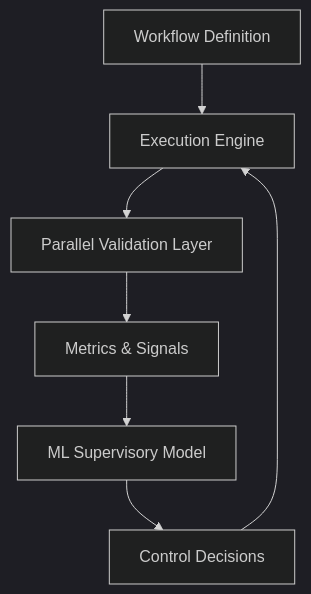
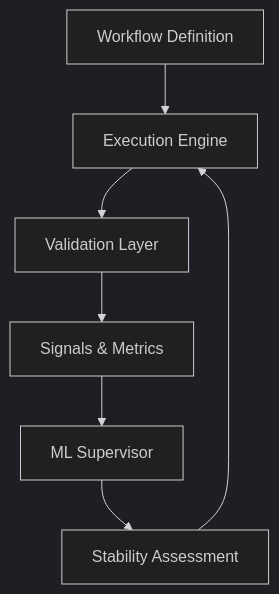
One commit to NiravTech22/Flowguard changed the diagram in README.md. Above: the diagram before and after it, drawn with Mermaid (dark theme). The commit also changed other lines of this file and 34 other files, not shown here.

````diff
--- a/README.md
+++ b/README.md
@@ -61,9 +30,9 @@
 ```mermaid
 graph TD
     A[Workflow Definition] --> B[Execution Engine]
-    B --> C[Parallel Validation Layer]
-    C --> D[Metrics & Signals]
-    D --> E[ML Supervisory Model]
-    E --> F[Control Decisions]
+    B --> C[Validation Layer]
+    C --> D[Signals & Metrics]
+    D --> E[ML Supervisor]
+    E --> F[Stability Assessment]
     F --> B
 ```
````
